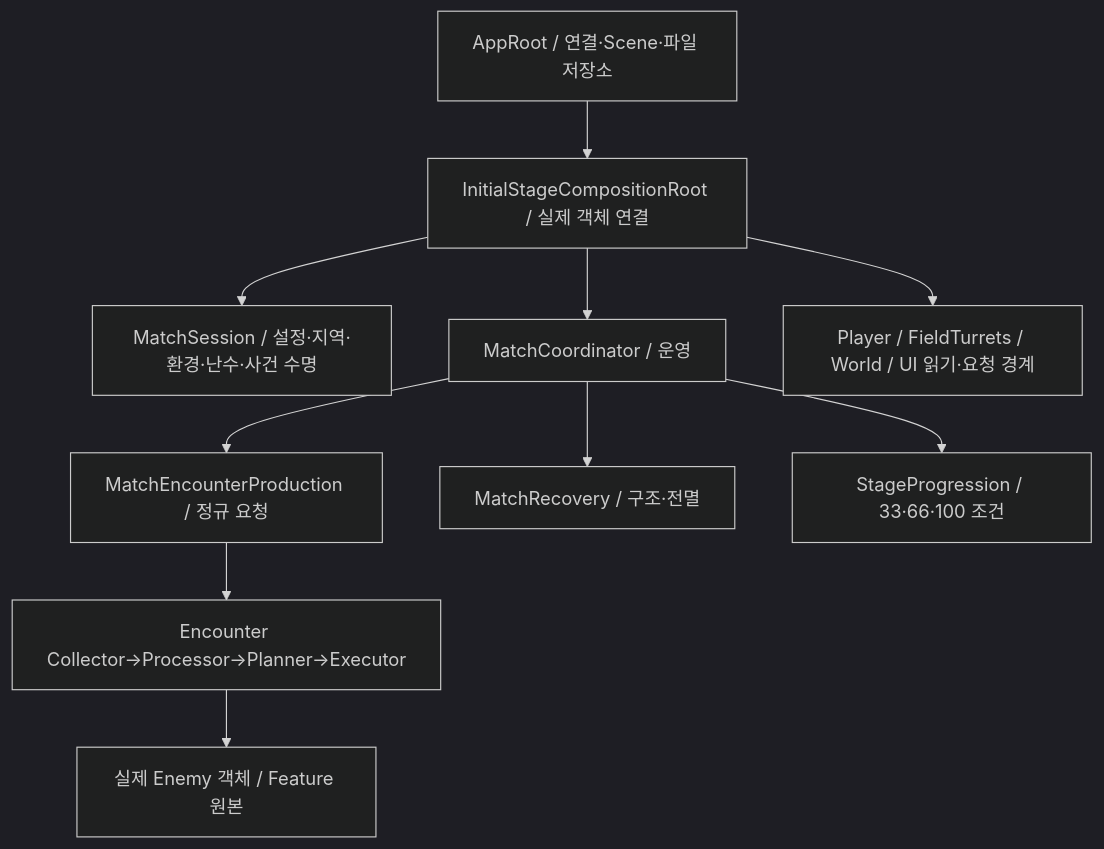
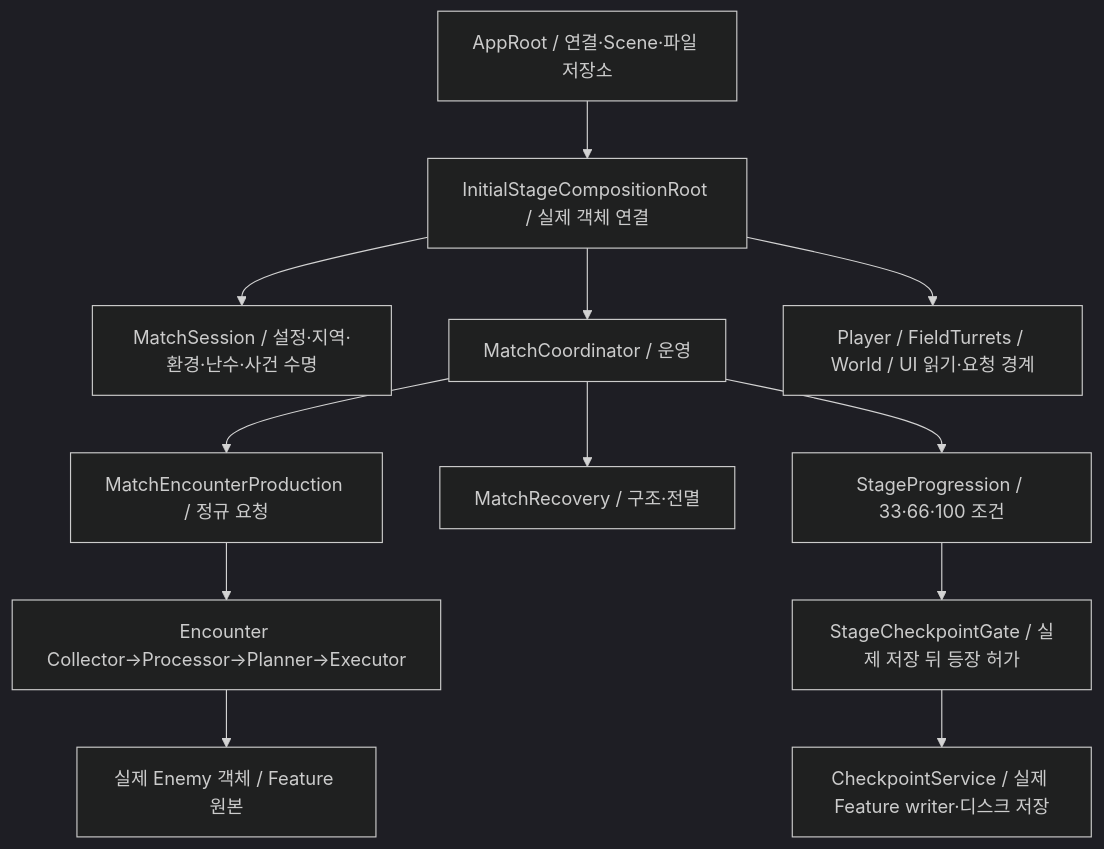
One commit to Team-HJD-21/unity-6-the-developer changed the diagram in Docs/02_architecture/01_core/core-runtime-map.md. Above: the diagram before and after it, drawn with Mermaid (dark theme). The commit also changed other lines of this file and 15 other files, not shown here.

Commit message:
feat(stage): save before Field milestones and queue confirmed defeat checkpoints

````diff
--- a/Docs/02_architecture/01_core/core-runtime-map.md
+++ b/Docs/02_architecture/01_core/core-runtime-map.md
@@ -19,12 +19,14 @@
 ```mermaid
 flowchart TD
  App[AppRoot / 연결·Scene·파일 저장소] --> Root[InitialStageCompositionRoot / 실제 객체 연결]
  Root --> Session[MatchSession / 설정·지역·환경·난수·사건 수명]
  Root --> Coordinator[MatchCoordinator / 운영]
  Coordinator --> Production[MatchEncounterProduction / 정규 요청]
  Coordinator --> Recovery[MatchRecovery / 구조·전멸]
  Coordinator --> Progression[StageProgression / 33·66·100 조건]
+ Progression --> SaveGate[StageCheckpointGate / 실제 저장 뒤 등장 허가]
+ SaveGate --> Checkpoint[CheckpointService / 실제 Feature writer·디스크 저장]
  Production --> Pipeline[Encounter Collector→Processor→Planner→Executor]
  Pipeline --> Actors[실제 Enemy 객체 / Feature 원본]
  Root --> Features[Player / FieldTurrets / World / UI 읽기·요청 경계]
 ```
````
